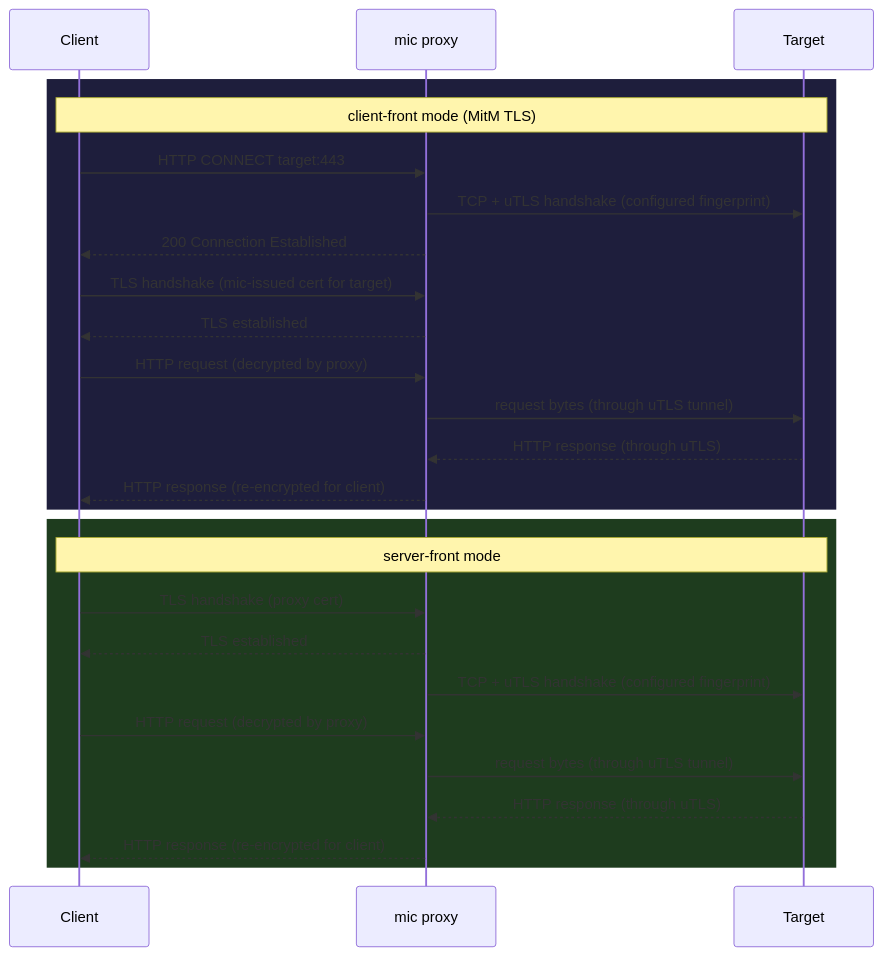
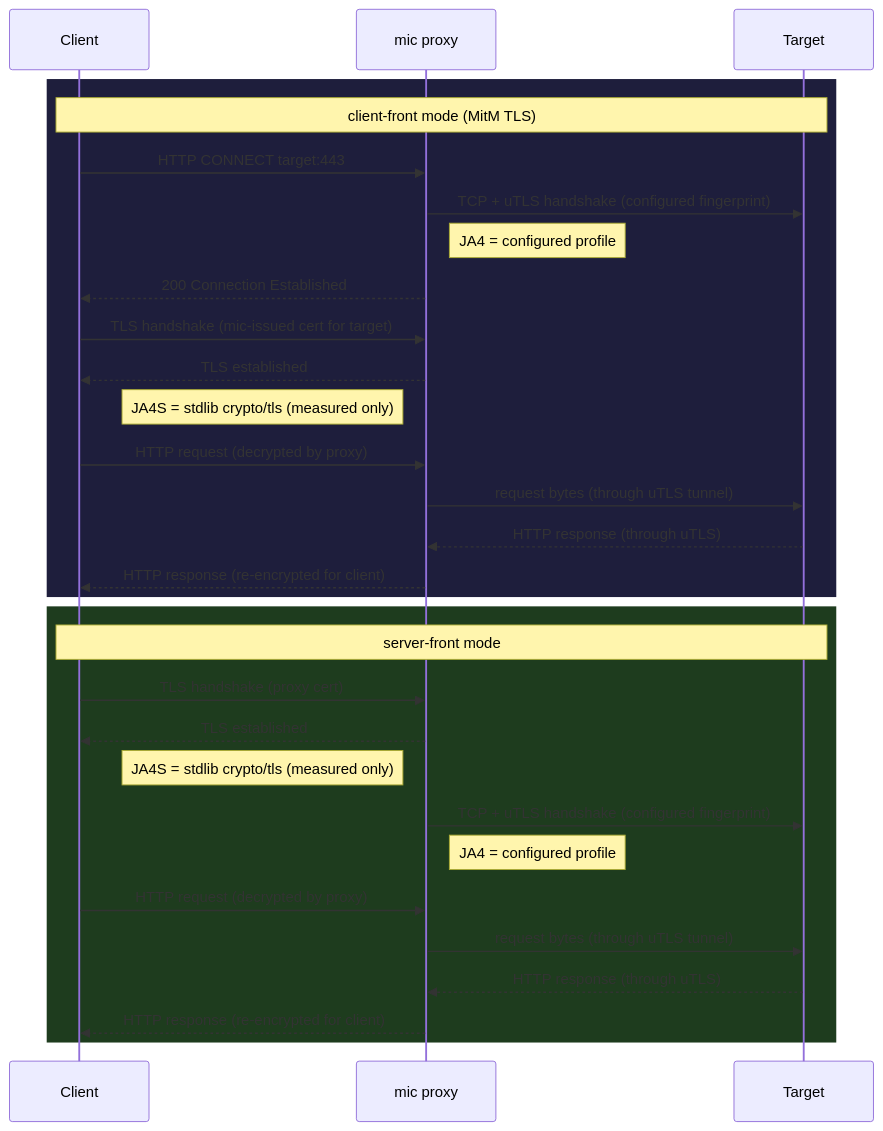
The diagram in README.md (djnnvx/mic), drawn with Mermaid before and after one commit. The commit also changed other lines of this file and 9 other files, not shown here.

````diff
--- a/README.md
+++ b/README.md
@@ -22,30 +22,34 @@
 ```mermaid
 sequenceDiagram
     participant C as Client
     participant P as mic proxy
     participant T as Target
 
     rect rgb(30, 30, 60)
         note over C,T: client-front mode (MitM TLS)
         C->>P: HTTP CONNECT target:443
         P->>T: TCP + uTLS handshake (configured fingerprint)
+        note right of P: JA4 = configured profile
         P-->>C: 200 Connection Established
         C->>P: TLS handshake (mic-issued cert for target)
         P-->>C: TLS established
+        note left of P: JA4S = stdlib crypto/tls (measured only)
         C->>P: HTTP request (decrypted by proxy)
         P->>T: request bytes (through uTLS tunnel)
         T-->>P: HTTP response (through uTLS)
         P-->>C: HTTP response (re-encrypted for client)
     end
 
     rect rgb(30, 60, 30)
         note over C,T: server-front mode
         C->>P: TLS handshake (proxy cert)
         P-->>C: TLS established
+        note left of P: JA4S = stdlib crypto/tls (measured only)
         P->>T: TCP + uTLS handshake (configured fingerprint)
+        note right of P: JA4 = configured profile
         C->>P: HTTP request (decrypted by proxy)
         P->>T: request bytes (through uTLS tunnel)
         T-->>P: HTTP response (through uTLS)
         P-->>C: HTTP response (re-encrypted for client)
     end
 ```
````
